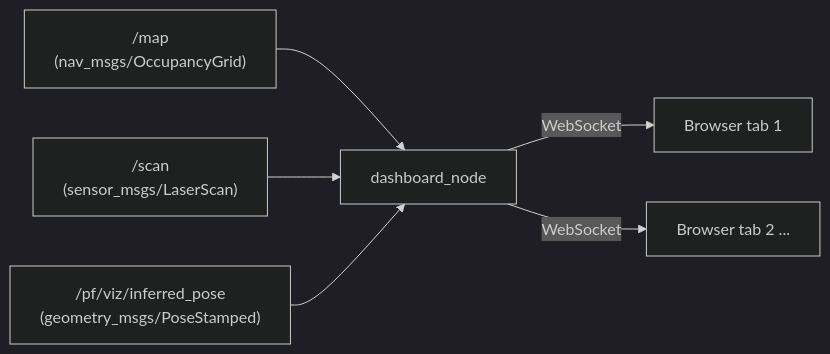
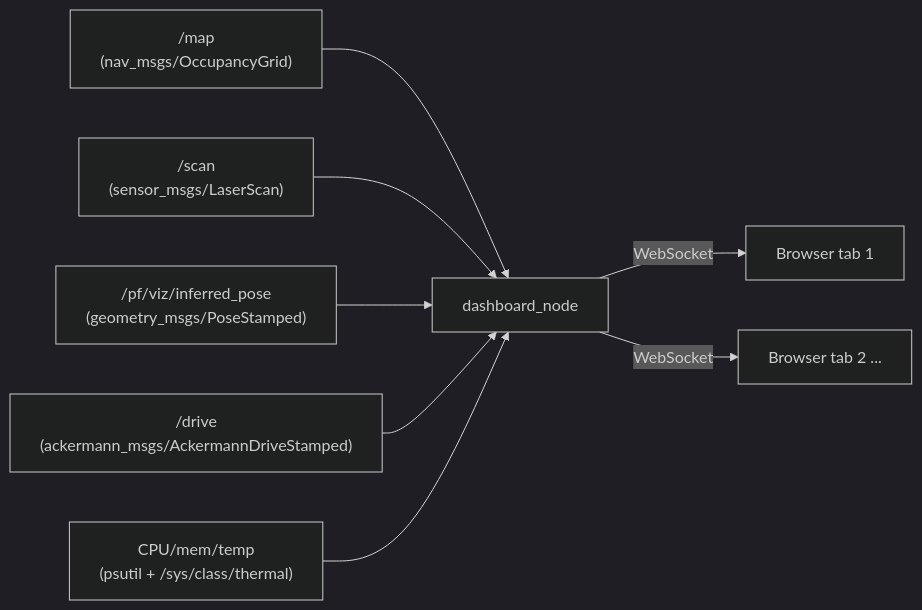
The diagram in docs/web-dashboard.md (sfu-racerbot/Racerbot-Car-2-Workspace), drawn with Mermaid (dark theme) before and after one commit. The commit also changed other lines of this file and 9 other files, not shown here.

````diff
--- a/docs/web-dashboard.md
+++ b/docs/web-dashboard.md
@@ -46,8 +70,10 @@
 ```mermaid
 flowchart LR
     M["/map\n(nav_msgs/OccupancyGrid)"] --> N[dashboard_node]
     S["/scan\n(sensor_msgs/LaserScan)"] --> N
     P["/pf/viz/inferred_pose\n(geometry_msgs/PoseStamped)"] --> N
+    D["/drive\n(ackermann_msgs/AckermannDriveStamped)"] --> N
+    T["CPU/mem/temp\n(psutil + /sys/class/thermal)"] --> N
     N -- WebSocket --> B1[Browser tab 1]
     N -- WebSocket --> B2[Browser tab 2 ...]
 ```
````
